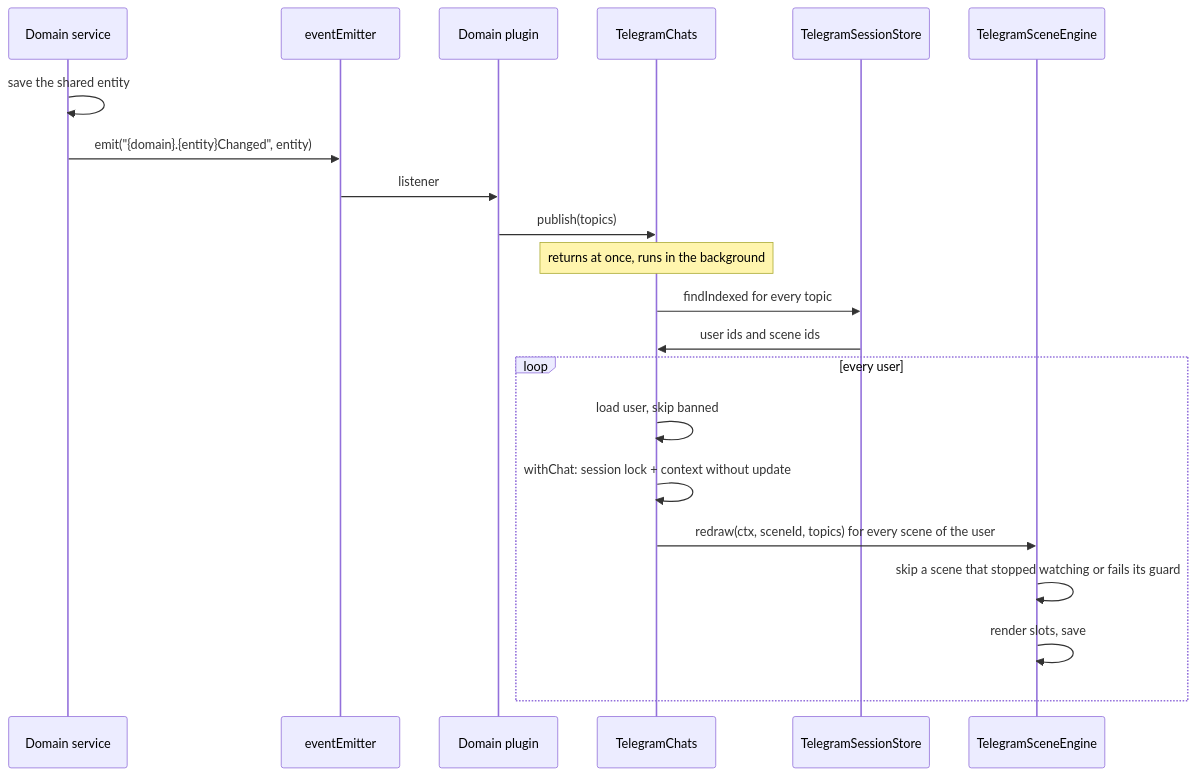
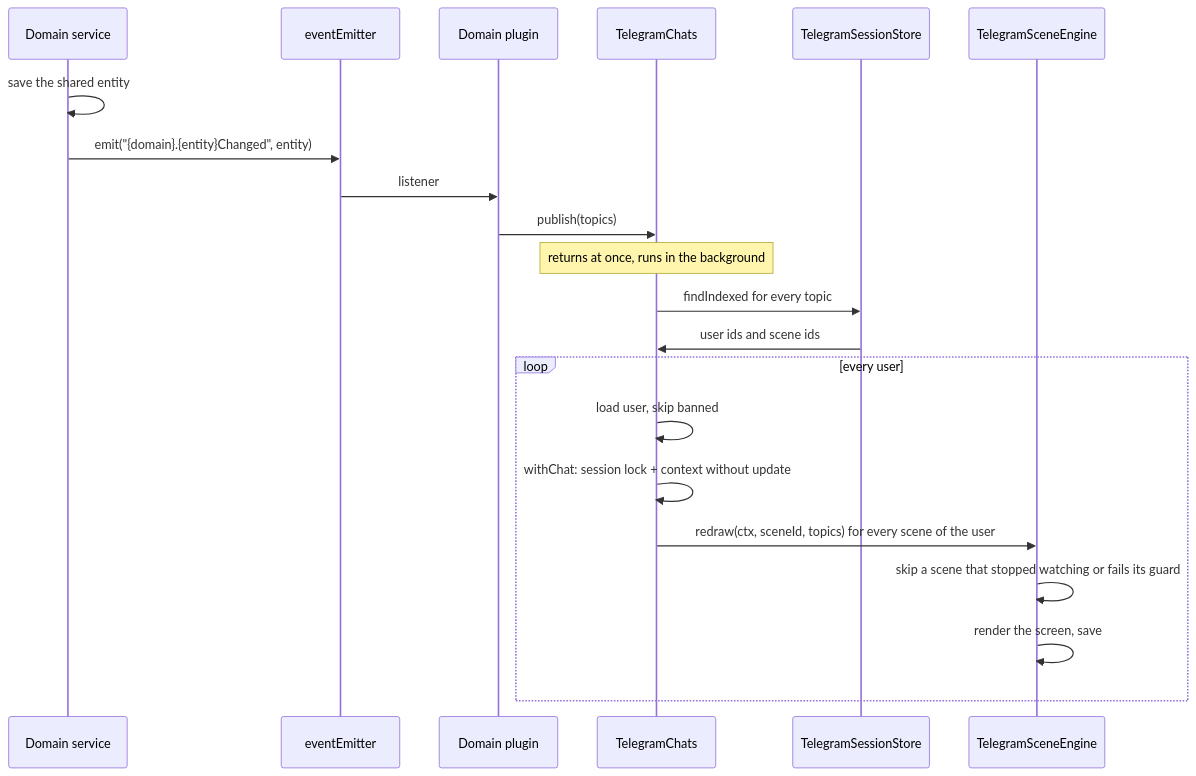
Before and after one commit to ayuvlasenko/smart-assistant: the fourth of 6 diagrams in apps/server/src/plugins/app/telegram/README.md, drawn with Mermaid. The commit also changed other lines of this file and 11 other files, not shown here.

````diff
--- a/apps/server/src/plugins/app/telegram/README.md
+++ b/apps/server/src/plugins/app/telegram/README.md
@@ -613,24 +599,24 @@
 ```mermaid
 sequenceDiagram
     participant D as Domain service
     participant Em as eventEmitter
     participant P as Domain plugin
     participant C as TelegramChats
     participant S as TelegramSessionStore
     participant E as TelegramSceneEngine
 
     D->>D: save the shared entity
     D->>Em: emit("{domain}.{entity}Changed", entity)
     Em->>P: listener
     P->>C: publish(topics)
     Note over C: returns at once, runs in the background
     C->>S: findIndexed for every topic
     S->>C: user ids and scene ids
     loop every user
         C->>C: load user, skip banned
         C->>C: withChat: session lock + context without update
         C->>E: redraw(ctx, sceneId, topics) for every scene of the user
         E->>E: skip a scene that stopped watching or fails its guard
-        E->>E: render slots, save
+        E->>E: render the screen, save
     end
 ```
````
